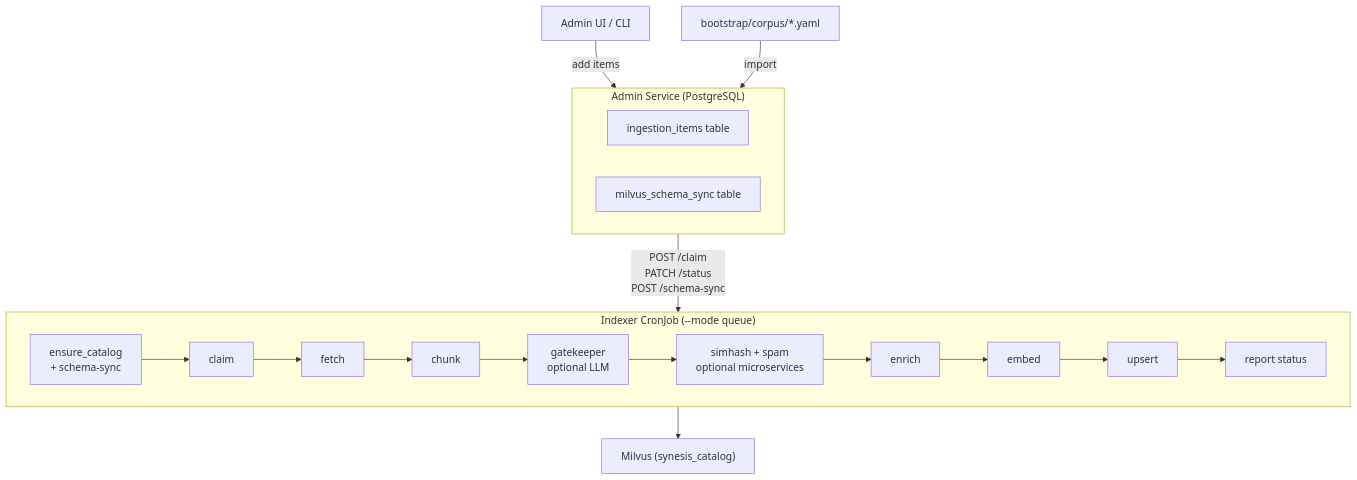
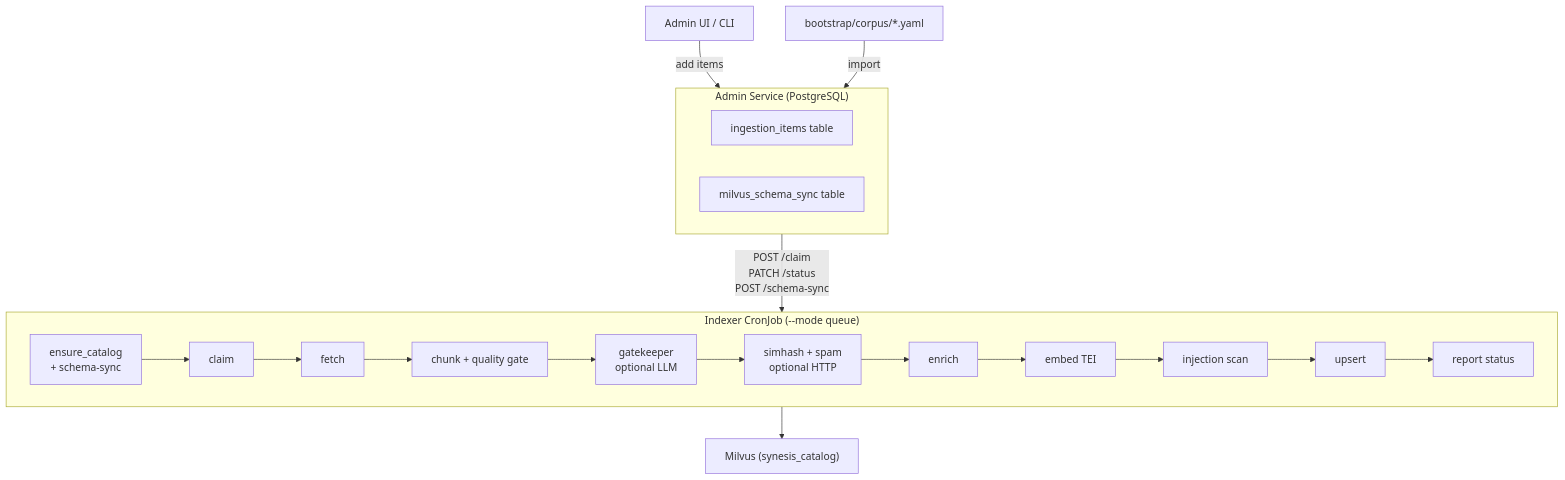
Before and after one commit to supernovae/synesis: the first of 3 diagrams in docs/INDEXERS.md, drawn with Mermaid. The commit also changed other lines of this file and 2 other files, not shown here.

````diff
--- a/docs/INDEXERS.md
+++ b/docs/INDEXERS.md
@@ -7,24 +9,25 @@
 ```mermaid
 flowchart TD
     UI["Admin UI / CLI"] -->|add items| DB
     Bootstrap["bootstrap/corpus/*.yaml"] -->|import| DB
 
     subgraph DB["Admin Service (PostgreSQL)"]
         Items["ingestion_items table"]
         Sync["milvus_schema_sync table"]
     end
 
     DB -->|"POST /claim\nPATCH /status\nPOST /schema-sync"| Indexer
 
     subgraph Indexer["Indexer CronJob (--mode queue)"]
         direction LR
         EnsureCatalog["ensure_catalog\n+ schema-sync"] --> Claim["claim"]
-        Claim --> Fetch["fetch"] --> Chunk["chunk"]
+        Claim --> Fetch["fetch"] --> Chunk["chunk + quality gate"]
         Chunk --> Gatekeeper["gatekeeper\noptional LLM"]
-        Gatekeeper --> Signals["simhash + spam\noptional microservices"]
-        Signals --> Enrich["enrich"] --> Embed["embed"]
-        Embed --> Upsert["upsert"] --> Report["report status"]
+        Gatekeeper --> Signals["simhash + spam\noptional HTTP"]
+        Signals --> Enrich["enrich"] --> Embed["embed TEI"]
+        Embed --> Scan["injection scan"]
+        Scan --> Upsert["upsert"] --> Report["report status"]
     end
 
     Indexer --> Milvus["Milvus (synesis_catalog)"]
 ```
````
